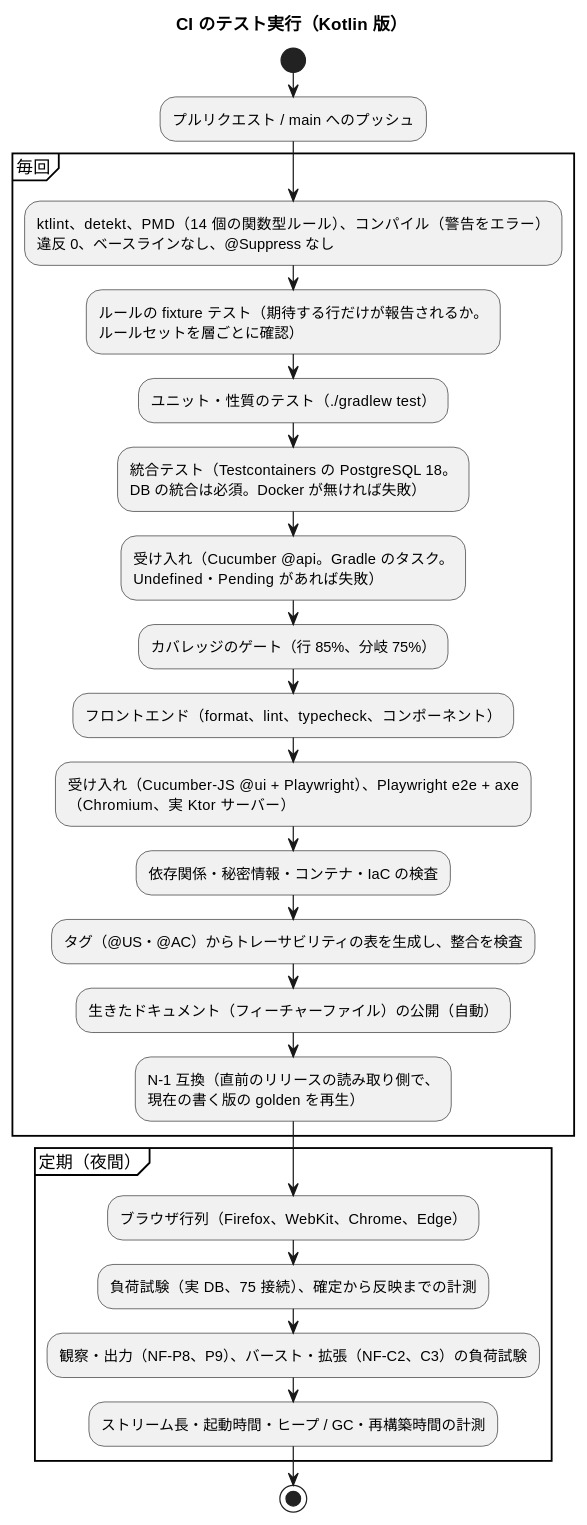
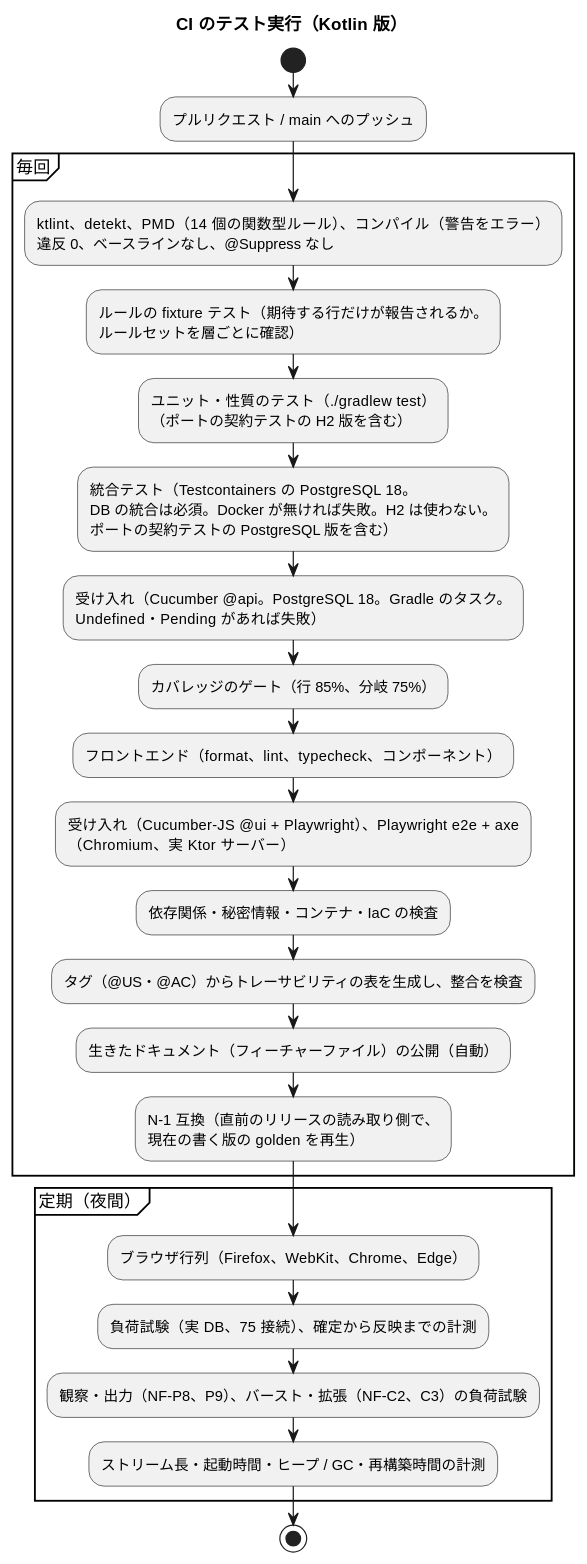
Before and after one commit to k2works/case-study-beer-game-simulation: the second of 2 diagrams in docs/design/beer-game-kotlin/test-strategy.md, drawn with PlantUML. The commit also changed other lines of this file and 13 other files, not shown here.

First line of the commit message:
docs(beer-game-kotlin): ローカル開発に H2（PostgreSQL モード）を使う決定を反映

````diff
--- a/docs/design/beer-game-kotlin/test-strategy.md
+++ b/docs/design/beer-game-kotlin/test-strategy.md
@@ -574,29 +598,29 @@
 ```plantuml
 @startuml
 title CI のテスト実行（Kotlin 版）
 
 start
 :プルリクエスト / main へのプッシュ;
 partition "毎回" {
   :ktlint、detekt、PMD（14 個の関数型ルール）、コンパイル（警告をエラー）\n違反 0、ベースラインなし、@Suppress なし;
   :ルールの fixture テスト（期待する行だけが報告されるか。\nルールセットを層ごとに確認）;
-  :ユニット・性質のテスト（./gradlew test）;
-  :統合テスト（Testcontainers の PostgreSQL 18。\nDB の統合は必須。Docker が無ければ失敗）;
-  :受け入れ（Cucumber @api。Gradle のタスク。\nUndefined・Pending があれば失敗）;
+  :ユニット・性質のテスト（./gradlew test）\n（ポートの契約テストの H2 版を含む）;
+  :統合テスト（Testcontainers の PostgreSQL 18。\nDB の統合は必須。Docker が無ければ失敗。H2 は使わない。\nポートの契約テストの PostgreSQL 版を含む）;
+  :受け入れ（Cucumber @api。PostgreSQL 18。Gradle のタスク。\nUndefined・Pending があれば失敗）;
   :カバレッジのゲート（行 85%、分岐 75%）;
   :フロントエンド（format、lint、typecheck、コンポーネント）;
   :受け入れ（Cucumber-JS @ui + Playwright）、Playwright e2e + axe\n（Chromium、実 Ktor サーバー）;
   :依存関係・秘密情報・コンテナ・IaC の検査;
   :タグ（@US・@AC）からトレーサビリティの表を生成し、整合を検査;
   :生きたドキュメント（フィーチャーファイル）の公開（自動）;
   :N-1 互換（直前のリリースの読み取り側で、\n現在の書く版の golden を再生）;
 }
 partition "定期（夜間）" {
   :ブラウザ行列（Firefox、WebKit、Chrome、Edge）;
   :負荷試験（実 DB、75 接続）、確定から反映までの計測;
   :観察・出力（NF-P8、P9）、バースト・拡張（NF-C2、C3）の負荷試験;
   :ストリーム長・起動時間・ヒープ / GC・再構築時間の計測;
 }
 stop
 @enduml
 ```
````
